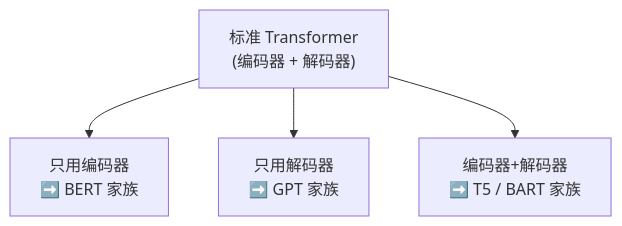
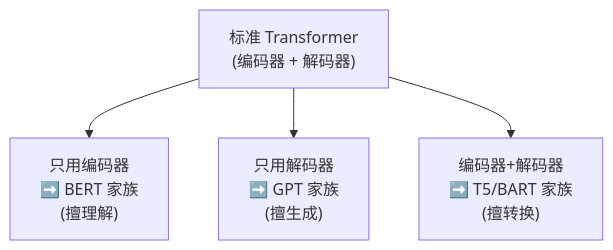
The fourth of 11 diagrams in transformer-学习资料/第10章-预训练模型家族.md (zerioo1970/summary), drawn with Mermaid before and after one commit. The commit also changed other lines of this file and 6 other files, not shown here.

Commit message:
大幅扩写第1、2、8-12章:新增导览/数值示例/深入原理/FAQ/更多图解

````diff
--- a/transformer-学习资料/第10章-预训练模型家族.md
+++ b/transformer-学习资料/第10章-预训练模型家族.md
@@ -30,6 +78,6 @@
 ```mermaid
 flowchart TB
-    T["标准 Transformer<br/>(编码器 + 解码器)"] --> A["只用编码器<br/>➡️ BERT 家族"]
-    T --> B["只用解码器<br/>➡️ GPT 家族"]
-    T --> C["编码器+解码器<br/>➡️ T5 / BART 家族"]
+    T["标准 Transformer<br/>(编码器 + 解码器)"] --> A["只用编码器<br/>➡️ BERT 家族<br/>(擅理解)"]
+    T --> B["只用解码器<br/>➡️ GPT 家族<br/>(擅生成)"]
+    T --> C["编码器+解码器<br/>➡️ T5/BART 家族<br/>(擅转换)"]
 ```
````
